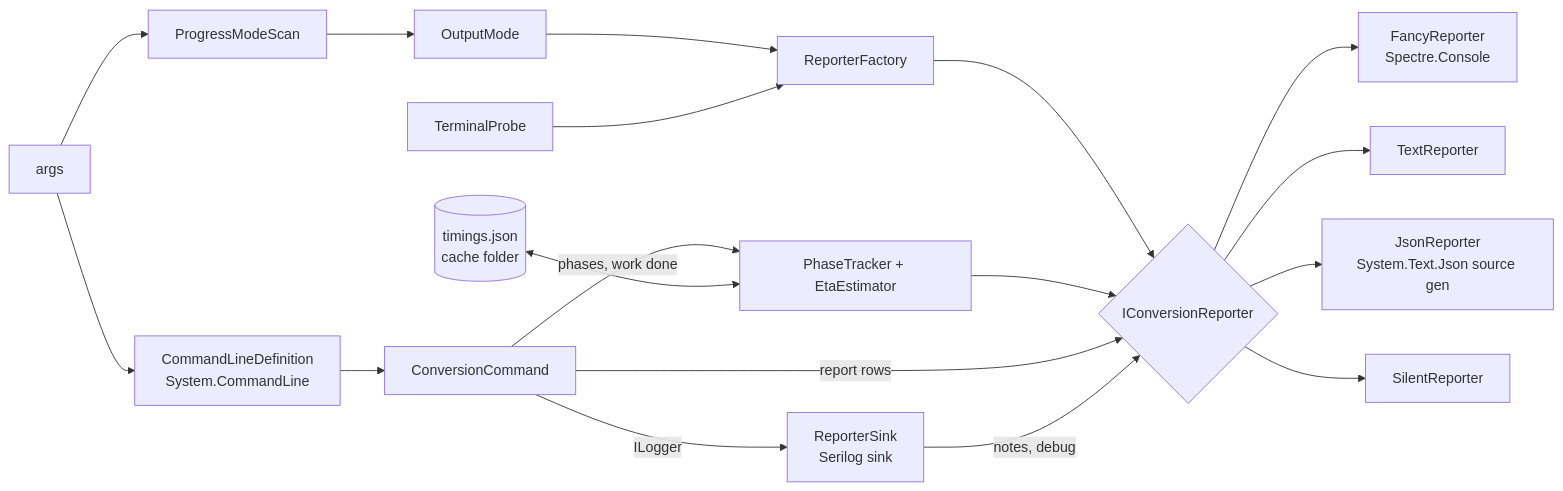
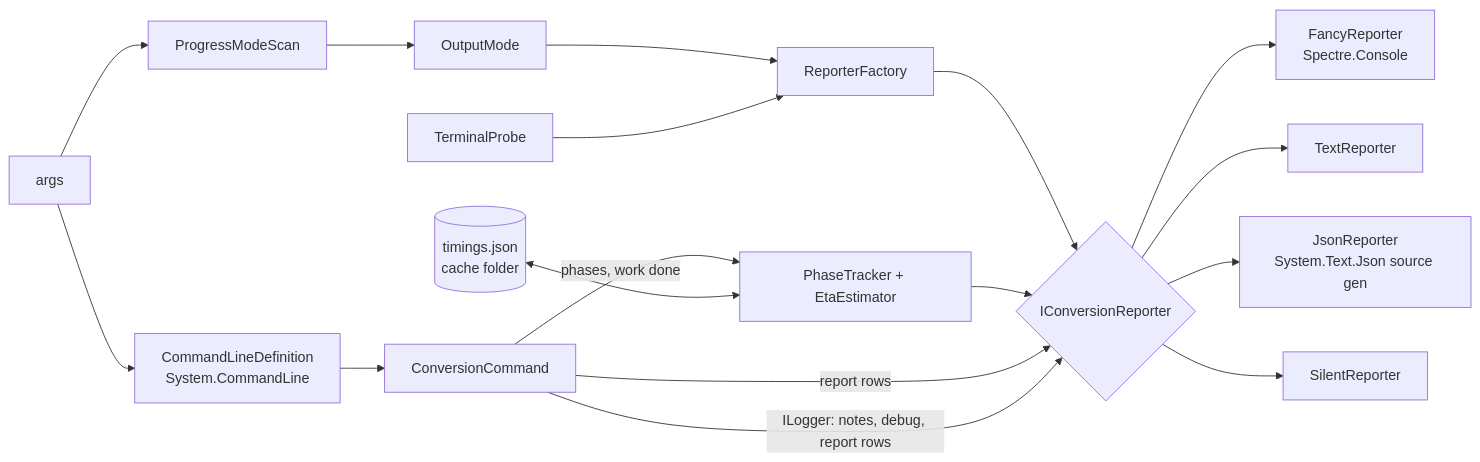
One commit to davidpizon/Mod2Xgm changed the diagram in docs/cli-output.md. Above: the diagram before and after it, drawn with Mermaid. The commit also changed other lines of this file and 23 other files, not shown here.

````diff
--- a/docs/cli-output.md
+++ b/docs/cli-output.md
@@ -62,20 +62,19 @@
 ```mermaid
 flowchart LR
     Args[args] --> Pre[ProgressModeScan]
     Pre --> Mode[OutputMode]
     Args --> CL[CommandLineDefinition<br/>System.CommandLine]
     Mode --> Factory[ReporterFactory]
     Probe[TerminalProbe] --> Factory
     Factory --> R{IConversionReporter}
     R --> Fancy[FancyReporter<br/>Spectre.Console]
     R --> Text[TextReporter]
     R --> Json[JsonReporter<br/>System.Text.Json source gen]
     R --> Silent[SilentReporter]
     CL --> Cmd[ConversionCommand]
     Cmd -- phases, work done --> Tracker[PhaseTracker + EtaEstimator]
     Tracker --> R
     Cmd -- report rows --> R
-    Cmd -- ILogger --> Sink[ReporterSink<br/>Serilog sink]
-    Sink -- notes, debug --> R
+    Cmd -- ILogger: notes, debug, report rows --> R
     History[(timings.json<br/>cache folder)] <--> Tracker
 ```
````
